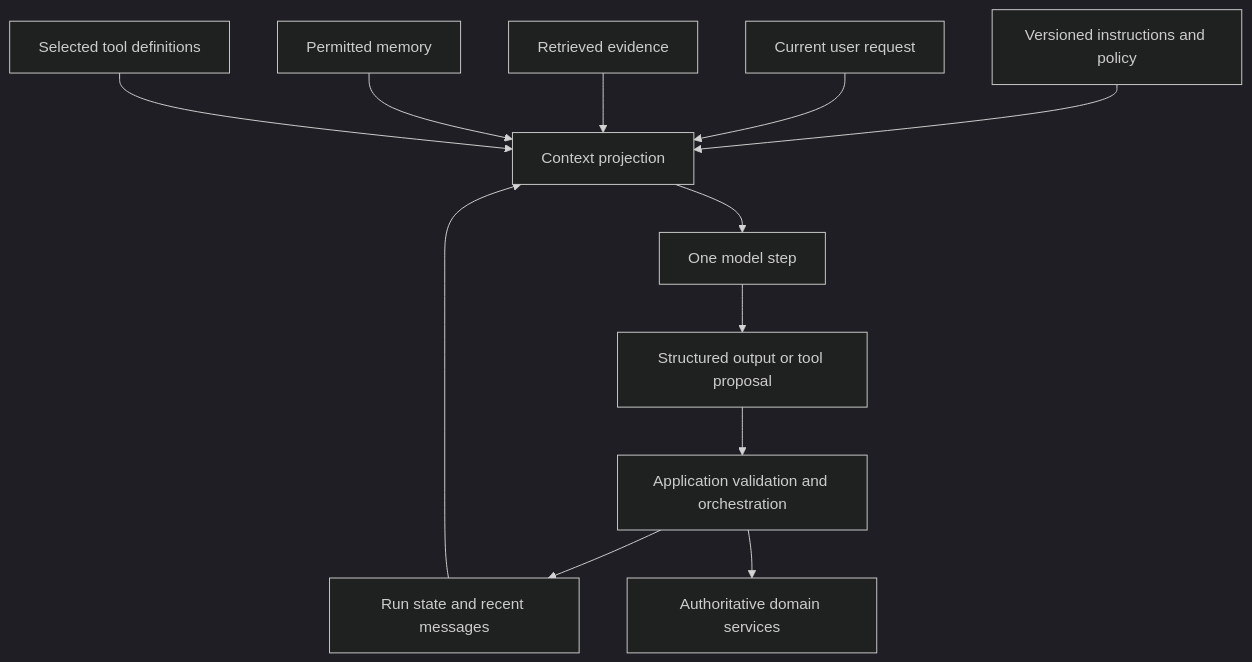
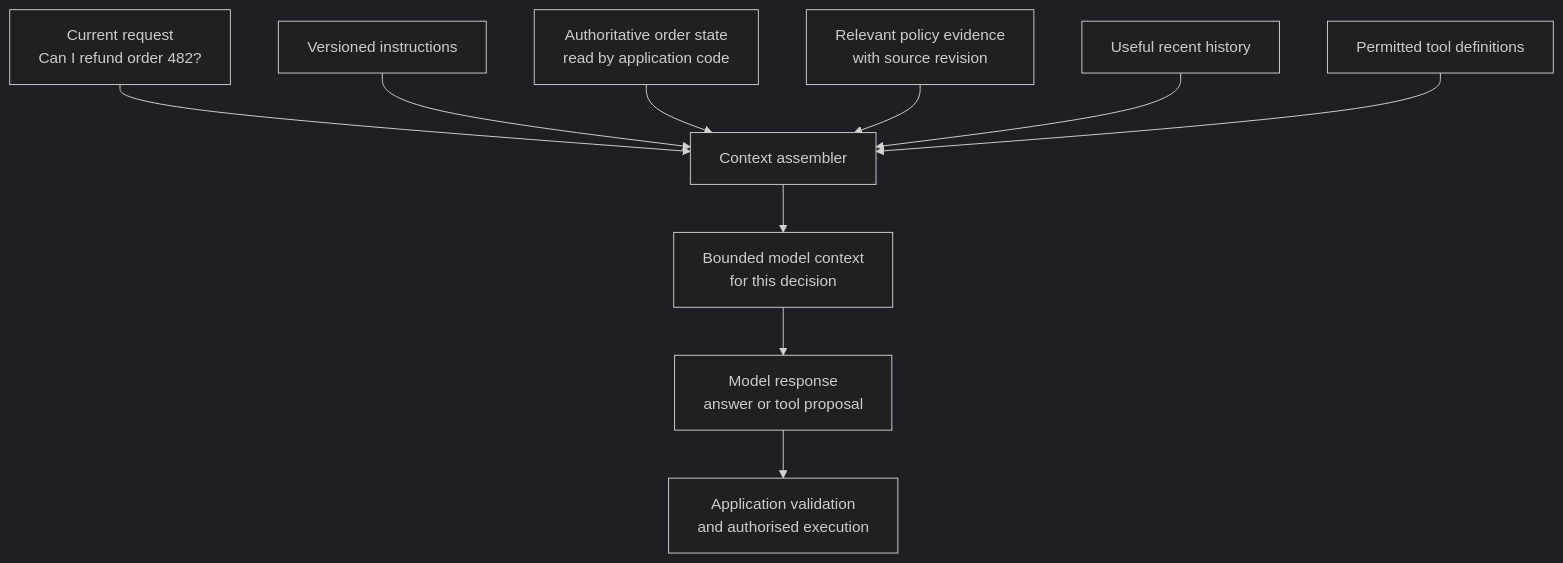
Before and after one commit to senlinyy/dev-roadmaps: the first of 6 diagrams in roadmaps/mlops/modules/llmops/context-engineering/01-context-design.md, drawn with Mermaid (dark theme). The commit also changed other lines of this file and 198 other files, not shown here.

````diff
--- a/roadmaps/mlops/modules/llmops/context-engineering/01-context-design.md
+++ b/roadmaps/mlops/modules/llmops/context-engineering/01-context-design.md
@@ -21,14 +47,20 @@
 ```mermaid
-flowchart TB
-    I["Versioned instructions and policy"] --> P["Context projection"]
-    Q["Current user request"] --> P
-    S["Run state and recent messages"] --> P
-    R["Retrieved evidence"] --> P
-    M["Permitted memory"] --> P
-    T["Selected tool definitions"] --> P
-    P --> L["One model step"]
-    L --> O["Structured output or tool proposal"]
-    O --> A["Application validation and orchestration"]
-    A --> S
-    A --> D["Authoritative domain services"]
+flowchart TD
+    U["Current request<br/>Can I refund order 482?"]
+    I["Versioned instructions"]
+    S["Authoritative order state<br/>read by application code"]
+    E["Relevant policy evidence<br/>with source revision"]
+    H["Useful recent history"]
+    T["Permitted tool definitions"]
+
+    U --> A["Context assembler"]
+    I --> A
+    S --> A
+    E --> A
+    H --> A
+    T --> A
+
+    A --> C["Bounded model context<br/>for this decision"]
+    C --> M["Model response<br/>answer or tool proposal"]
+    M --> V["Application validation<br/>and authorised execution"]
 ```
````
